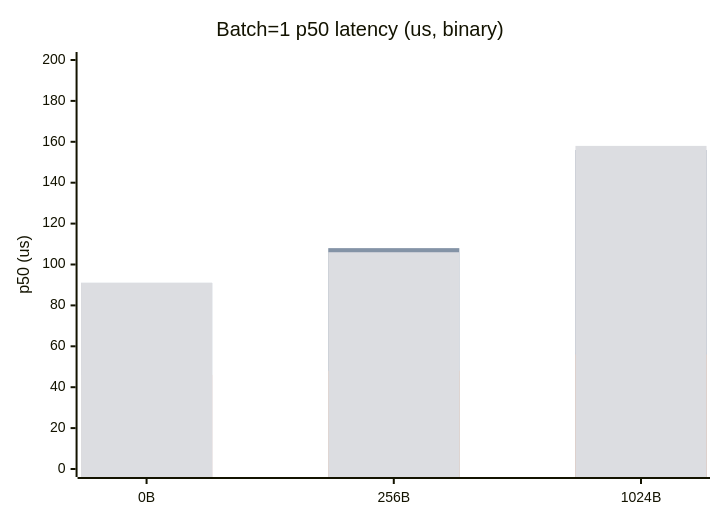
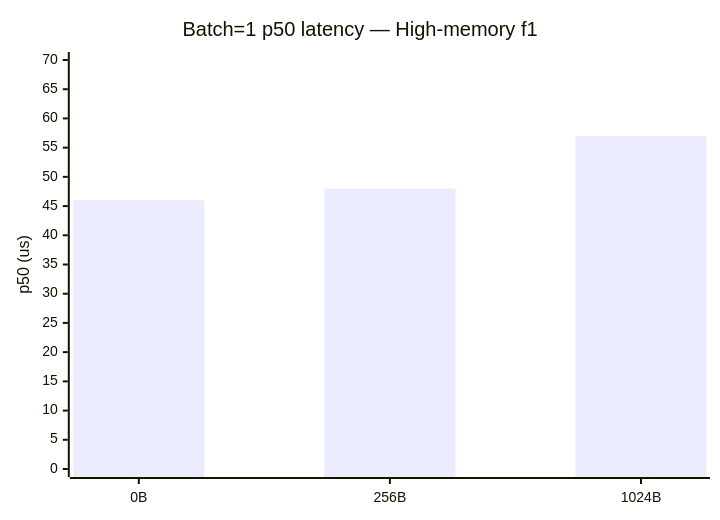
Before and after one commit to gabloe/felix: the third of 22 diagrams in services/broker/README.md, drawn with Mermaid. The commit also changed other lines of this file and 2 other files, not shown here.

````diff
--- a/services/broker/README.md
+++ b/services/broker/README.md
@@ -76,10 +89,7 @@
 ```mermaid
 xychart-beta
-    title "Batch=1 p50 latency (us, binary)"
+    title "Batch=1 p50 latency — High-memory f1"
     x-axis ["0B","256B","1024B"]
-    y-axis "p50 (us)" 0 --> 200
-    bar "Balanced f1" [46,48,57]
-    bar "Balanced f10" [91,108,156]
-    bar "High-memory f1" [46,48,56]
-    bar "High-memory f10" [91,106,158]
+    y-axis "p50 (us)" 0 --> 70
+    bar [46,48,57]
 ```
````
